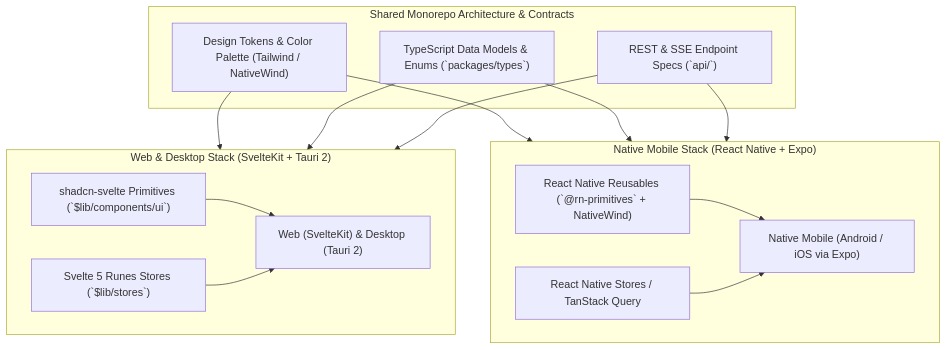
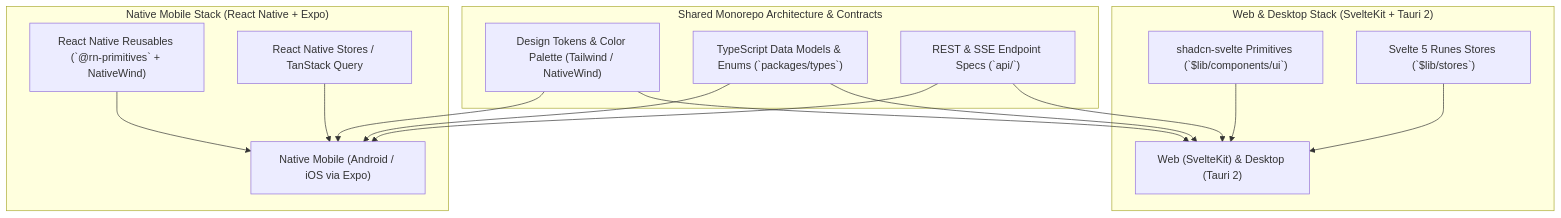
Before and after one commit to Yogesh-Kumar-Mallik-dev/NovWrite: the second of 2 diagrams in docs/FRONTEND_ARCHITECTURE.md, drawn with Mermaid. The commit also changed other lines of this file and 4 other files, not shown here.

Commit message:
fix(docs): resolve mermaid flowchart syntax and subgraph edge parsing errors

````diff
--- a/docs/FRONTEND_ARCHITECTURE.md
+++ b/docs/FRONTEND_ARCHITECTURE.md
@@ -125,25 +125,25 @@
 ```mermaid
 flowchart TD
     subgraph Core ["Shared Monorepo Architecture & Contracts"]
         Tokens["Design Tokens & Color Palette (Tailwind / NativeWind)"]
         Contracts["TypeScript Data Models & Enums (`packages/types`)"]
         APISpec["REST & SSE Endpoint Specs (`api/`)"]
     end
 
     subgraph WebDesk ["Web & Desktop Stack (SvelteKit + Tauri 2)"]
         SvelteUI["shadcn-svelte Primitives (`$lib/components/ui`)"]
         SvelteStores["Svelte 5 Runes Stores (`$lib/stores`)"]
         WebDeskApp["Web (SvelteKit) & Desktop (Tauri 2)"]
         SvelteUI & SvelteStores --> WebDeskApp
     end
 
     subgraph MobileStack ["Native Mobile Stack (React Native + Expo)"]
         RNUI["React Native Reusables (`@rn-primitives` + NativeWind)"]
         RNStores["React Native Stores / TanStack Query"]
         MobileApp["Native Mobile (Android / iOS via Expo)"]
         RNUI & RNStores --> MobileApp
     end
 
-    Tokens & Contracts & APISpec --> WebDesk
-    Tokens & Contracts & APISpec --> MobileStack
+    Tokens & Contracts & APISpec --> WebDeskApp
+    Tokens & Contracts & APISpec --> MobileApp
 ```
````
